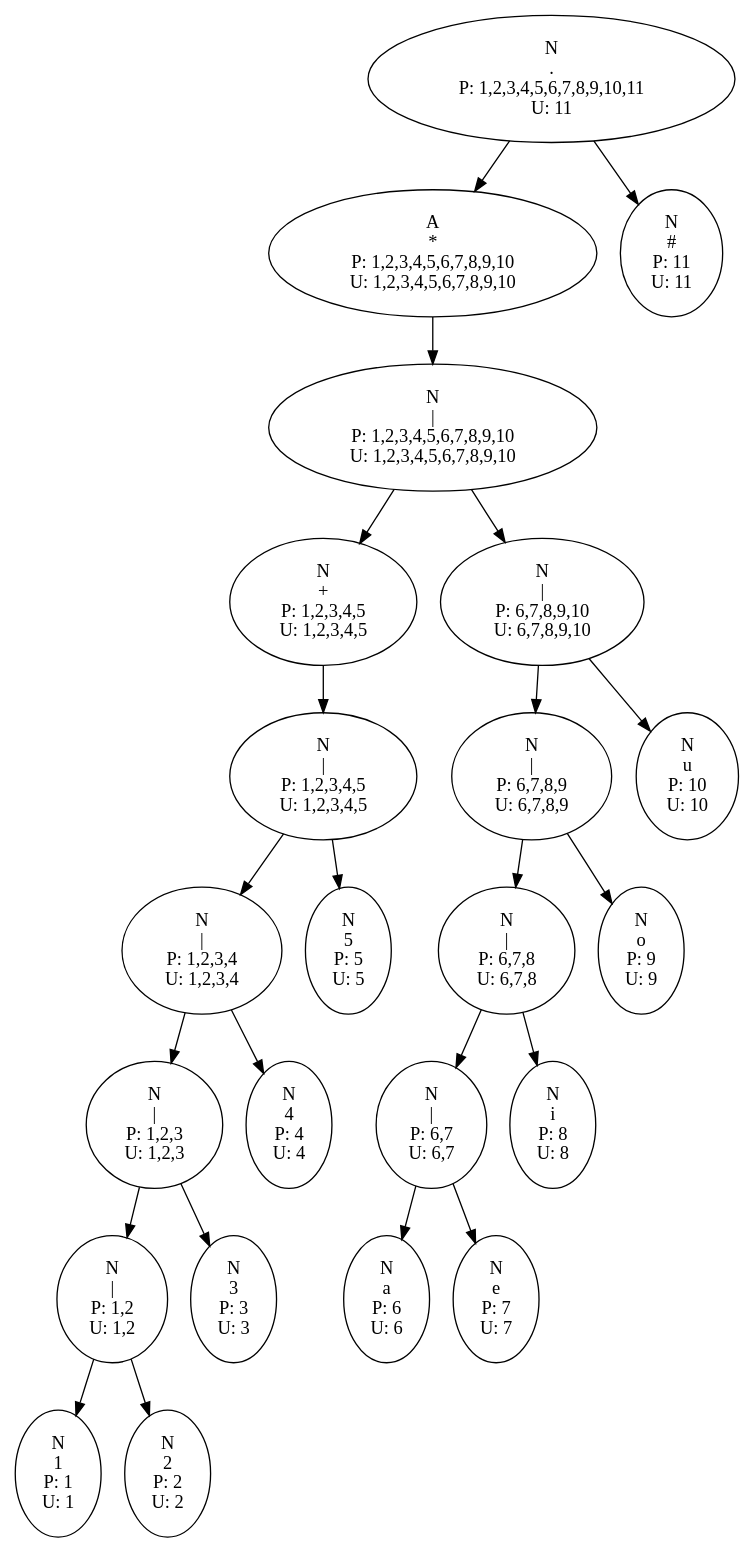
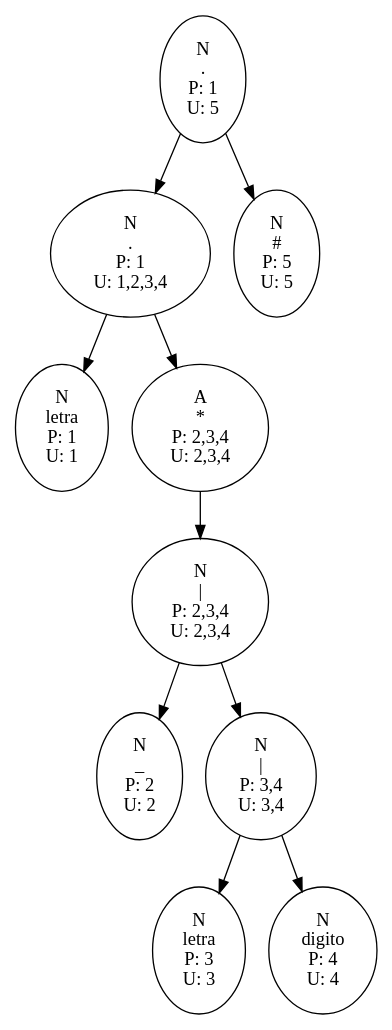
The diagram in Reportes_202003894/Arboles_202003894/ExpReg1.dot (EstuardoSon/OCL1_202003894_P1), drawn with Graphviz before and after one commit. The commit also changed 104 other files, not shown here.

```diff
--- a/Reportes_202003894/Arboles_202003894/ExpReg1.dot
+++ b/Reportes_202003894/Arboles_202003894/ExpReg1.dot
@@ -1,116 +1,51 @@
 digraph G{
-N12->N11
-N11->N6
-N6->N5
-N5->N4
-N4->N3
-N3->N2
-N2->N1
+N5->N1
 N1->1
 1[label="N
-1
+letra
 P: 1
 U: 1"];
 N1[label="N
-|
-P: 1,2
-U: 1,2"];
-N1->2
+.
+P: 1
+U: 1,2,3,4"];
+N1->N4
+N4->N2
+N2->2
 2[label="N
-2
+_
 P: 2
 U: 2"];
 N2[label="N
 |
-P: 1,2,3
-U: 1,2,3"];
-N2->3
+P: 2,3,4
+U: 2,3,4"];
+N2->N3
+N3->3
 3[label="N
-3
+letra
 P: 3
 U: 3"];
 N3[label="N
 |
-P: 1,2,3,4
-U: 1,2,3,4"];
+P: 3,4
+U: 3,4"];
 N3->4
 4[label="N
-4
+digito
 P: 4
 U: 4"];
-N4[label="N
-|
-P: 1,2,3,4,5
-U: 1,2,3,4,5"];
-N4->5
+N4[label="A
+*
+P: 2,3,4
+U: 2,3,4"];
+N5[label="N
+.
+P: 1
+U: 5"];
+N5->5
 5[label="N
-5
+#
 P: 5
 U: 5"];
-N5[label="N
-+
-P: 1,2,3,4,5
-U: 1,2,3,4,5"];
-N6[label="N
-|
-P: 1,2,3,4,5,6,7,8,9,10
-U: 1,2,3,4,5,6,7,8,9,10"];
-N6->N10
-N10->N9
-N9->N8
-N8->N7
-N7->6
-6[label="N
-a
-P: 6
-U: 6"];
-N7[label="N
-|
-P: 6,7
-U: 6,7"];
-N7->7
-7[label="N
-e
-P: 7
-U: 7"];
-N8[label="N
-|
-P: 6,7,8
-U: 6,7,8"];
-N8->8
-8[label="N
-i
-P: 8
-U: 8"];
-N9[label="N
-|
-P: 6,7,8,9
-U: 6,7,8,9"];
-N9->9
-9[label="N
-o
-P: 9
-U: 9"];
-N10[label="N
-|
-P: 6,7,8,9,10
-U: 6,7,8,9,10"];
-N10->10
-10[label="N
-u
-P: 10
-U: 10"];
-N11[label="A
-*
-P: 1,2,3,4,5,6,7,8,9,10
-U: 1,2,3,4,5,6,7,8,9,10"];
-N12[label="N
-.
-P: 1,2,3,4,5,6,7,8,9,10,11
-U: 11"];
-N12->11
-11[label="N
-#
-P: 11
-U: 11"];
 }
```
